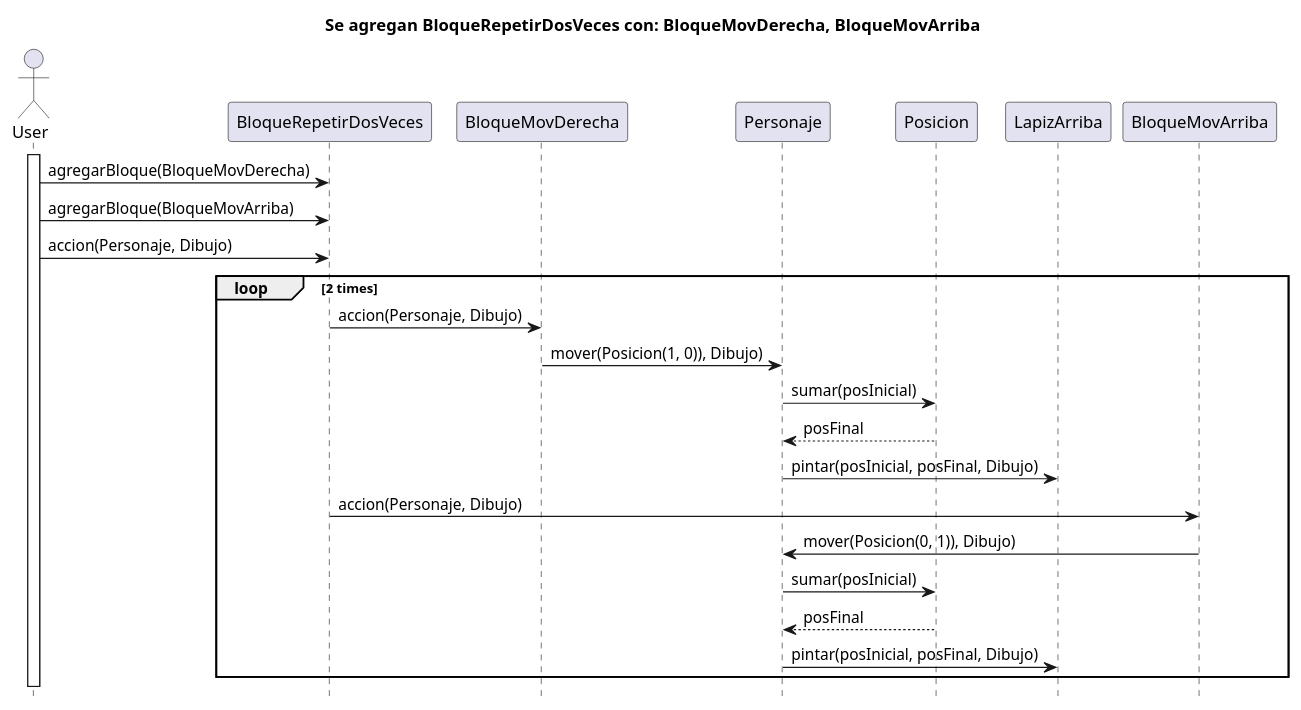
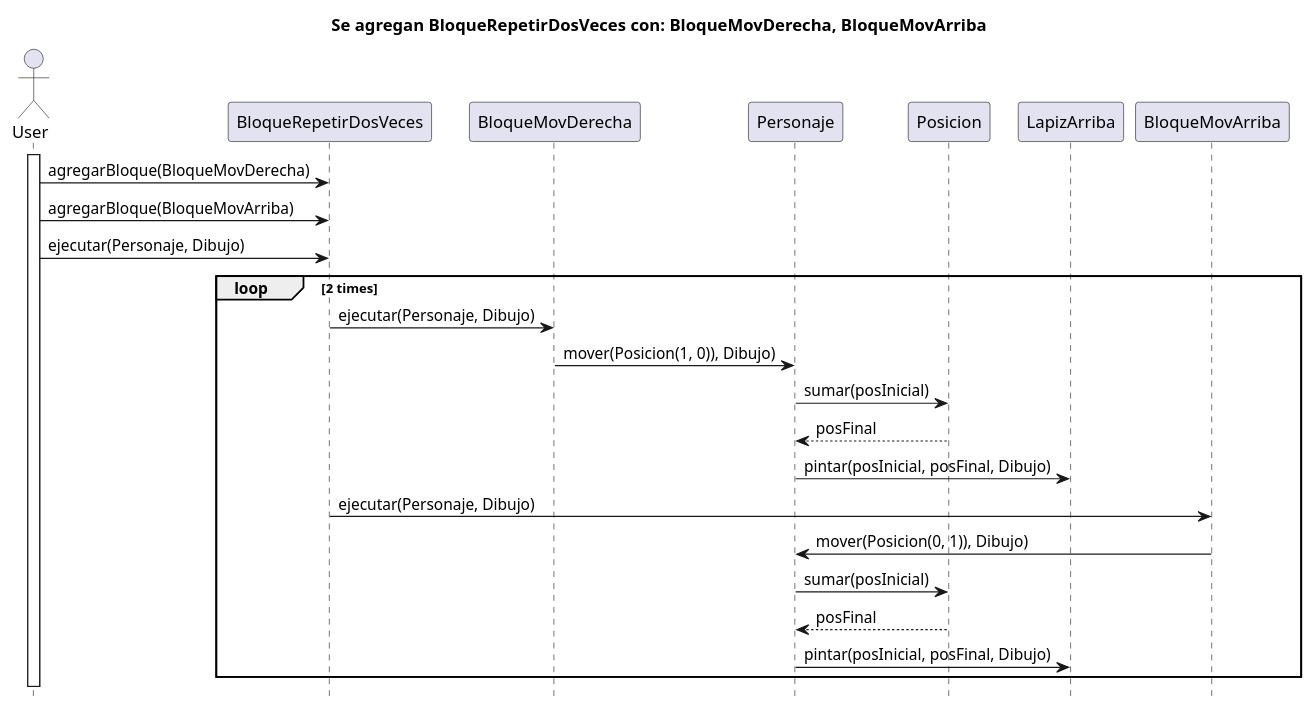
One commit to alopezbizon/T2-ALGO3-TP2 changed the diagram in src/main/java/edu/fiuba/algo3/diagramas/DiagramaDeSecuenciaBloqueRepetirDosVeces_ConMovDerechaYMovArriba.puml. Above: the diagram before and after it, drawn with PlantUML. The commit also changed 33 other files, not shown here.

Commit message:
Refactor: rename de métodos de Bloques, Posición y Tramo + actualización de diagramas UML.

```diff
--- a/src/main/java/edu/fiuba/algo3/diagramas/DiagramaDeSecuenciaBloqueRepetirDosVeces_ConMovDerechaYMovArriba.puml
+++ b/src/main/java/edu/fiuba/algo3/diagramas/DiagramaDeSecuenciaBloqueRepetirDosVeces_ConMovDerechaYMovArriba.puml
@@ -1,28 +1,28 @@
 @startuml
 title Se agregan BloqueRepetirDosVeces con: BloqueMovDerecha, BloqueMovArriba
 
 actor User
 activate User
 User -> BloqueRepetirDosVeces : agregarBloque(BloqueMovDerecha)
 User -> BloqueRepetirDosVeces : agregarBloque(BloqueMovArriba)
 
-User -> BloqueRepetirDosVeces : accion(Personaje, Dibujo)
+User -> BloqueRepetirDosVeces : ejecutar(Personaje, Dibujo)
 
 loop 2 times
-BloqueRepetirDosVeces -> BloqueMovDerecha : accion(Personaje, Dibujo)
+BloqueRepetirDosVeces -> BloqueMovDerecha : ejecutar(Personaje, Dibujo)
 BloqueMovDerecha-> Personaje : mover(Posicion(1, 0)), Dibujo)
 
 Personaje -> Posicion : sumar(posInicial)
 Personaje<-- Posicion : posFinal
 Personaje -> LapizArriba : pintar(posInicial, posFinal, Dibujo)
 
-BloqueRepetirDosVeces -> BloqueMovArriba : accion(Personaje, Dibujo)
+BloqueRepetirDosVeces -> BloqueMovArriba : ejecutar(Personaje, Dibujo)
 BloqueMovArriba -> Personaje : mover(Posicion(0, 1)), Dibujo)
 
 Personaje -> Posicion : sumar(posInicial)
 Personaje<-- Posicion : posFinal
 Personaje -> LapizArriba : pintar(posInicial, posFinal, Dibujo)
 end
 
 hide footbox
 @enduml
```
